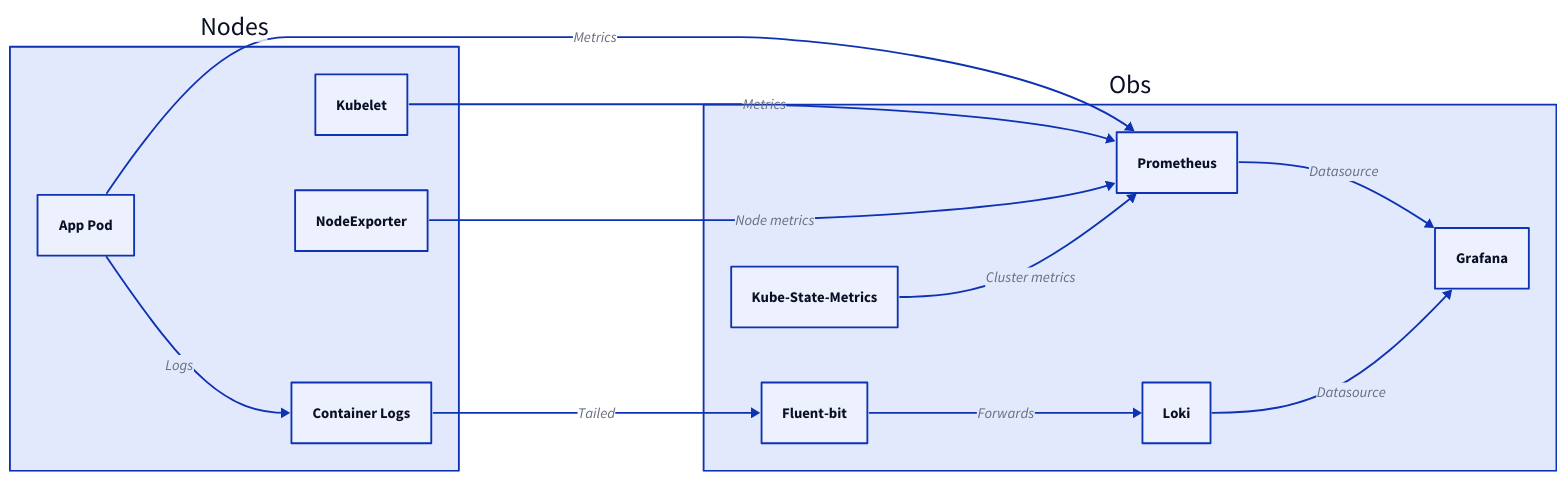
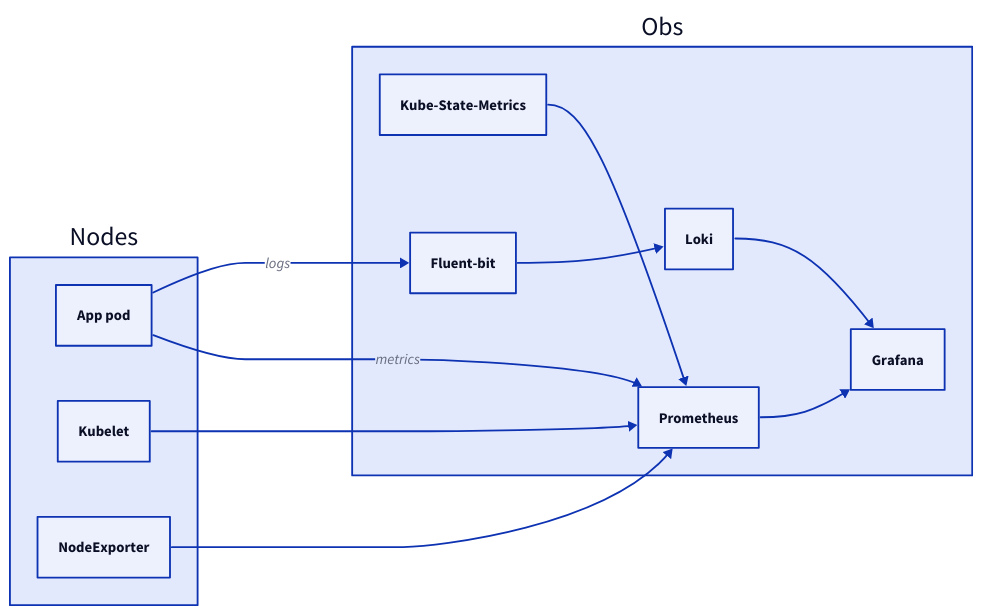
The third of 5 diagrams in Docs/architecture/visual.md (rou-cru/idp-blueprint), drawn with D2 before and after one commit. The commit also changed other lines of this file and 78 other files, not shown here.

Commit message:
docs: restructure architecture and operations

````diff
--- a/Docs/architecture/visual.md
+++ b/Docs/architecture/visual.md
@@ -231,28 +90,26 @@
 ```d2
 direction: right
 
 Nodes: {
-  App: "App Pod"
+  App: "App pod"
   Kubelet
   NodeExporter
-  LogFiles: "Container Logs"
 }
 
 Obs: {
   Prom: Prometheus
   Loki
   Graf: Grafana
   KSM: "Kube-State-Metrics"
   FB: "Fluent-bit"
 }
 
-Nodes.App -> Nodes.LogFiles: "Logs"
-Nodes.App -> Obs.Prom: "Metrics"
-Nodes.Kubelet -> Obs.Prom: "Metrics"
-Nodes.LogFiles -> Obs.FB: "Tailed"
-Obs.FB -> Obs.Loki: "Forwards"
-Nodes.NodeExporter -> Obs.Prom: "Node metrics"
-Obs.KSM -> Obs.Prom: "Cluster metrics"
-Obs.Prom -> Obs.Graf: "Datasource"
-Obs.Loki -> Obs.Graf: "Datasource"
+Nodes.App -> Obs.FB: "logs"
+Nodes.App -> Obs.Prom: "metrics"
+Nodes.Kubelet -> Obs.Prom
+Nodes.NodeExporter -> Obs.Prom
+Obs.KSM -> Obs.Prom
+Obs.FB -> Obs.Loki
+Obs.Prom -> Obs.Graf
+Obs.Loki -> Obs.Graf
 ```
````
